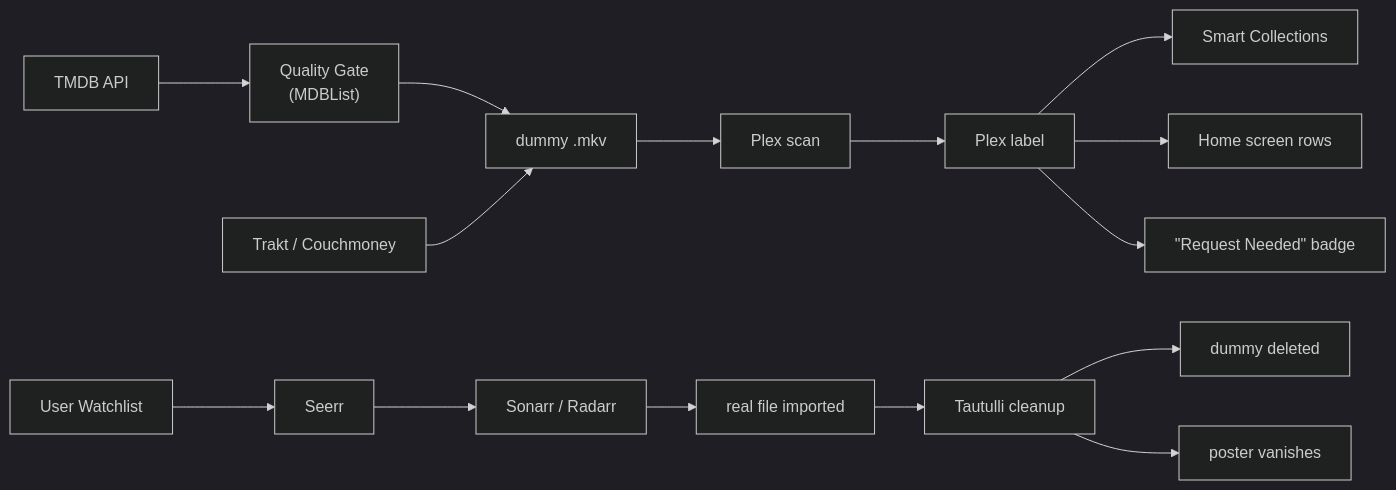
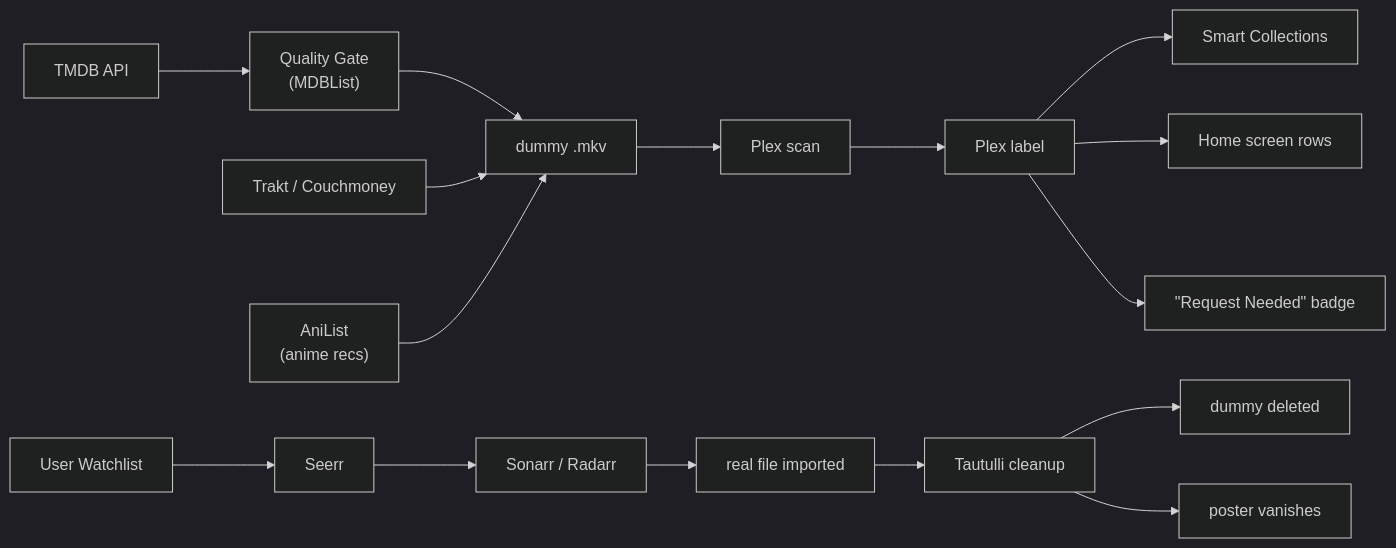
Before and after one commit to cmaguranis/plexflixarr: the diagram in README.md, drawn with Mermaid. The commit also changed other lines of this file and 11 other files, not shown here.

````diff
--- a/README.md
+++ b/README.md
@@ -9,25 +9,27 @@
 ```mermaid
 %%{init: {'theme': 'dark'}}%%
 flowchart LR
     TMDB["TMDB API"]
     Trakt["Trakt / Couchmoney"]
+    AniList["AniList\n(anime recs)"]
     MDB["Quality Gate\n(MDBList)"]
     Dummy["dummy .mkv"]
     Scan["Plex scan"]
     Label["Plex label"]
 
     TMDB --> MDB --> Dummy
     Trakt --> Dummy
+    AniList --> Dummy
     Dummy --> Scan --> Label
 
     Label --> SC["Smart Collections"]
     Label --> HSR["Home screen rows"]
     Label --> Badge["&quot;Request Needed&quot; badge"]
 
     Watchlist["User Watchlist"] --> Seerr
     Seerr --> SR["Sonarr / Radarr"]
     SR --> Real["real file imported"]
     Real --> Tautulli["Tautulli cleanup"]
     Tautulli --> Del["dummy deleted"]
     Tautulli --> Gone["poster vanishes"]
 ```
````
